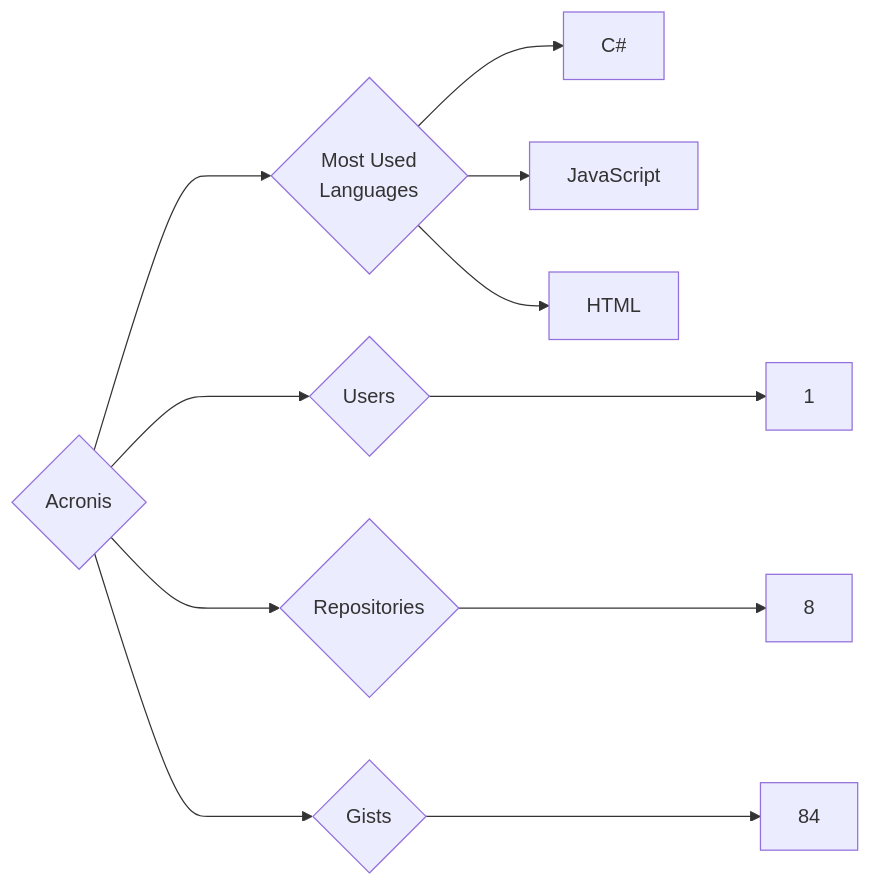
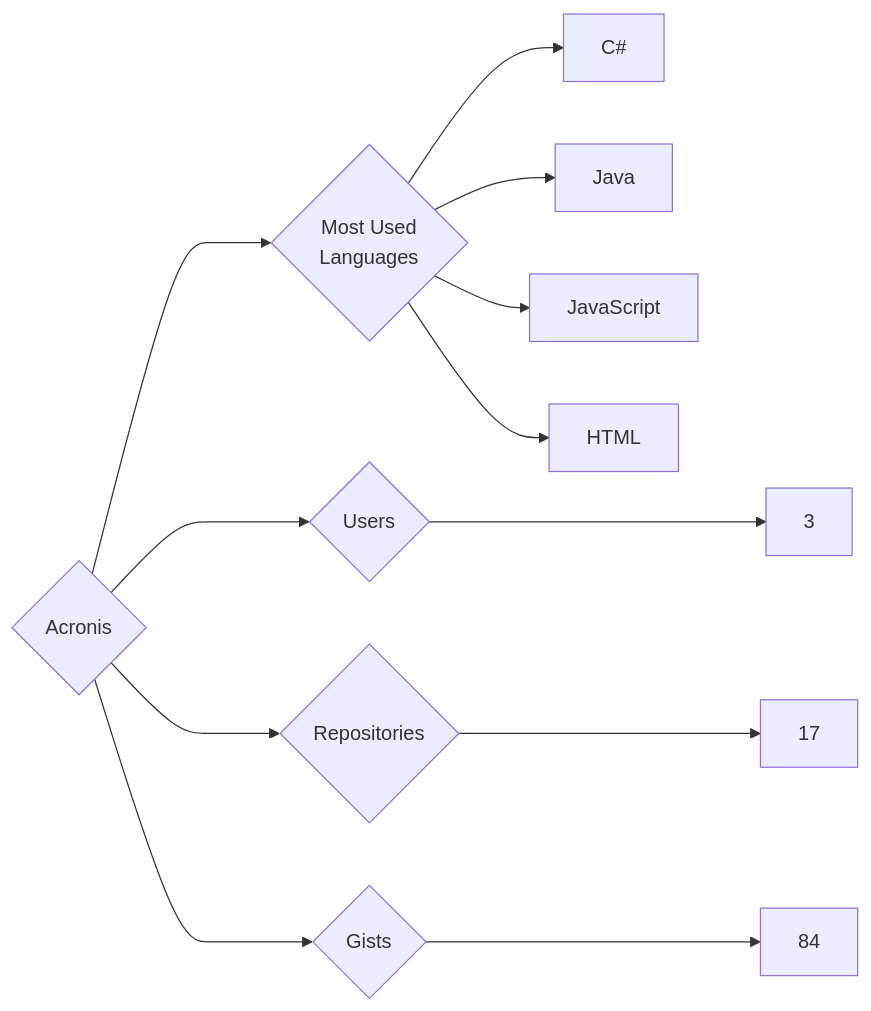
Before and after one commit to trickest/insiders: the diagram in targets/Acronis/README.md, drawn with Mermaid. The commit also changed 676 other files, not shown here.

````diff
--- a/targets/Acronis/README.md
+++ b/targets/Acronis/README.md
@@ -3,11 +3,12 @@
 ```mermaid
 graph LR
 COMPANY_NAME{Acronis}
-COMPANY_NAME ---> U{Users} ---> UN[1]
-COMPANY_NAME ---> R{Repositories} ---> RN[8]
+COMPANY_NAME ---> U{Users} ---> UN[3]
+COMPANY_NAME ---> R{Repositories} ---> RN[17]
 COMPANY_NAME ---> G{Gists} ---> GN[84]
 COMPANY_NAME ---> ML{Most Used<br>Languages}
 ML --> C#[C#]
+ML --> Java[Java]
 ML --> JavaScript[JavaScript]
 ML --> HTML[HTML]
 ```
````
